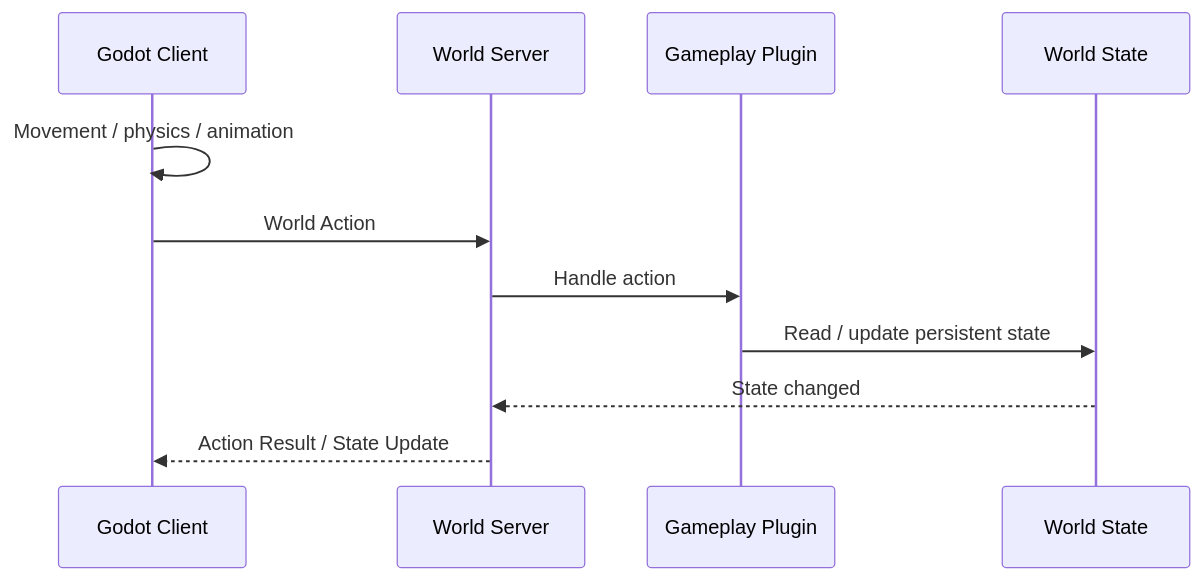
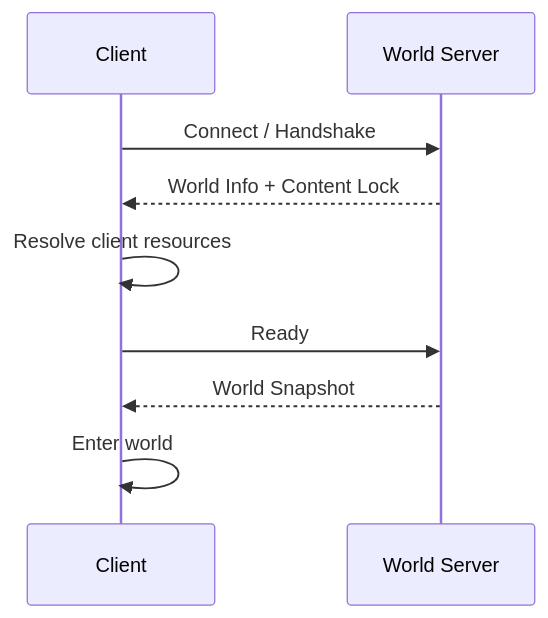
One commit to Ri0n72Y/idea-slime-bar changed the diagram in architecture/world-protocol.md. Above: the diagram before and after it, drawn with Mermaid. The commit also changed other lines of this file, not shown here.

Commit message:
docs: expand protocol for authoritative world server clients

````diff
--- a/architecture/world-protocol.md
+++ b/architecture/world-protocol.md
@@ -26,14 +17,12 @@
 ```mermaid
 sequenceDiagram
-    participant G as Godot Client
-    participant W as World Server
-    participant P as Gameplay Plugin
-    participant S as World State
+    participant C as Client
+    participant S as World Server
 
-    G->>G: Movement / physics / animation
-    G->>W: World Action
-    W->>P: Handle action
-    P->>S: Read / update persistent state
-    S-->>W: State changed
-    W-->>G: Action Result / State Update
+    C->>S: Connect / Handshake
+    S-->>C: World Info + Content Lock
+    C->>C: Resolve client resources
+    C->>S: Ready
+    S-->>C: World Snapshot
+    C->>C: Enter world
 ```
````
